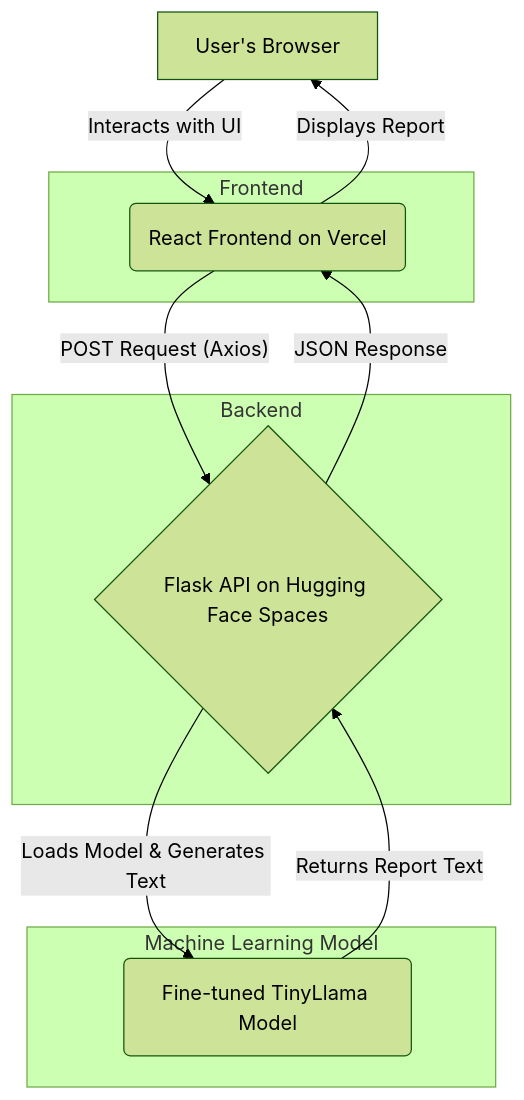
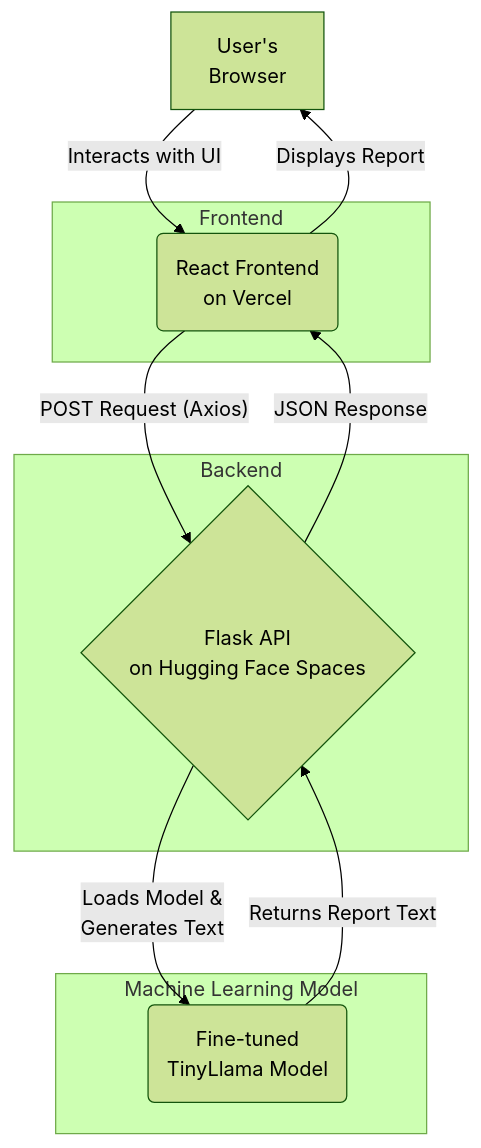
Before and after one commit to arifaldi13/ucrg: the diagram in README.md, drawn with Mermaid (forest theme). The commit also changed 2 other files, not shown here.

Commit message:
slight change

````diff
--- a/README.md
+++ b/README.md
@@ -37,21 +37,21 @@
 ```mermaid
 graph TD
-    A[User's Browser] -->|"Interacts with UI"| B(React Frontend on Vercel);
-    B -->|"POST Request (Axios)"| C{Flask API on Hugging Face Spaces};
-    C -->|"Loads Model & Generates Text"| D(Fine-tuned TinyLlama Model);
+    A["User's<br>Browser"] -->|"Interacts with UI"| B("React Frontend<br>on Vercel");
+    B -->|"POST Request (Axios)"| C{"Flask API<br>on Hugging Face Spaces"};
+    C -->|"Loads Model &<br>Generates Text"| D("Fine-tuned<br>TinyLlama Model");
     D -->|"Returns Report Text"| C;
     C -->|"JSON Response"| B;
     B -->|"Displays Report"| A;
 
     subgraph "Frontend"
         B
     end
 
     subgraph "Backend"
         C
     end
 
     subgraph "Machine Learning Model"
         D
     end
 ```
````
